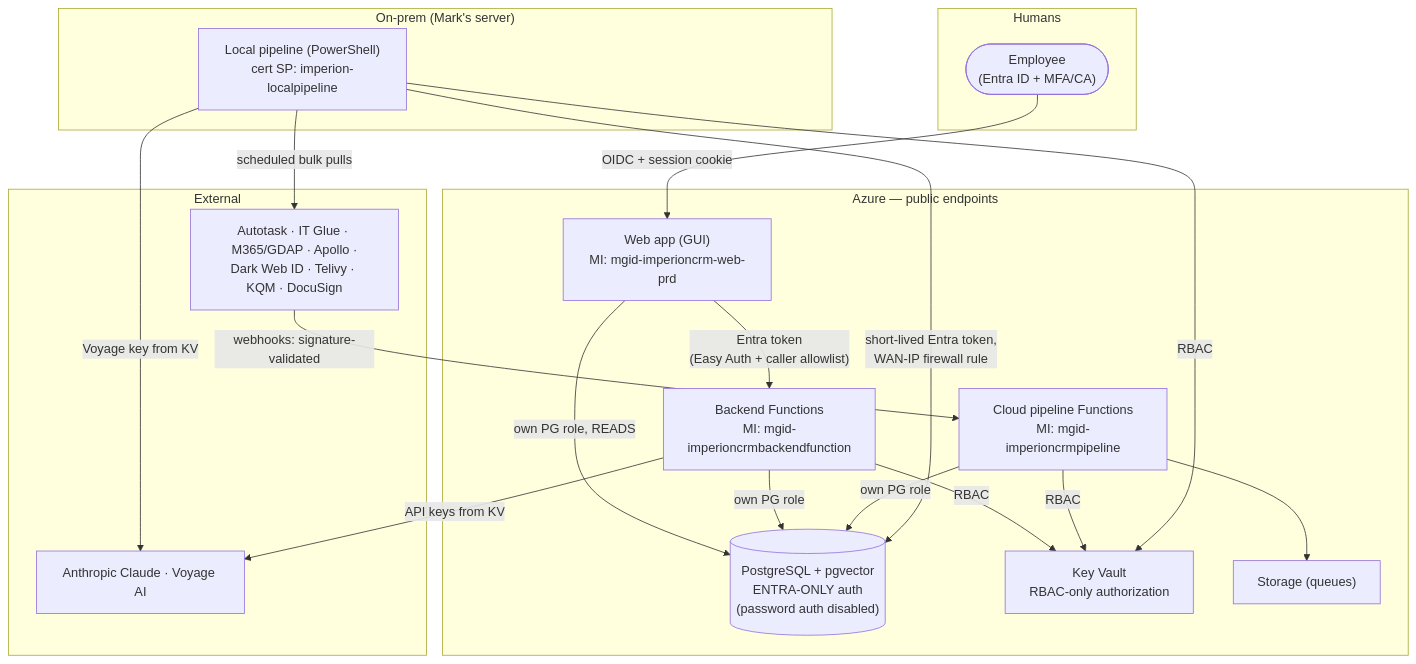
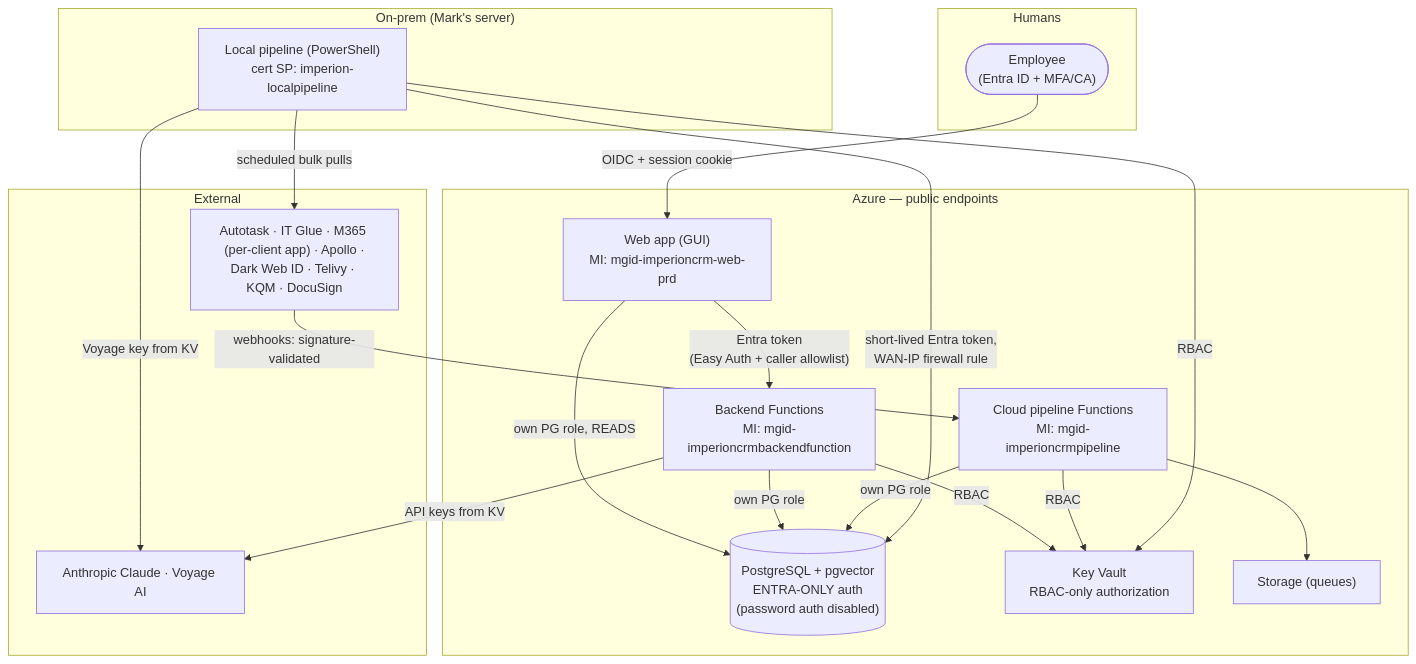
The diagram in docs/security/unified-security-standard.md (markdconnelly/ImperionCRM), drawn with Mermaid before and after one commit. The commit also changed other lines of this file, not shown here.

First line of the commit message:
docs(security): scrub GDAP-primary language from unified-security-standard (#585)

````diff
--- a/docs/security/unified-security-standard.md
+++ b/docs/security/unified-security-standard.md
@@ -21,35 +23,35 @@
 ```mermaid
 flowchart TB
     subgraph HUMANS["Humans"]
         EMP(["Employee<br/>(Entra ID + MFA/CA)"])
     end
     subgraph AZURE["Azure — public endpoints"]
         WEB["Web app (GUI)<br/>MI: mgid-imperioncrm-web-prd"]
         BE["Backend Functions<br/>MI: mgid-imperioncrmbackendfunction"]
         PIPE["Cloud pipeline Functions<br/>MI: mgid-imperioncrmpipeline"]
         PG[("PostgreSQL + pgvector<br/>ENTRA-ONLY auth<br/>(password auth disabled)")]
         KV["Key Vault<br/>RBAC-only authorization"]
         ST["Storage (queues)"]
     end
     subgraph ONPREM["On-prem (Mark's server)"]
         LP["Local pipeline (PowerShell)<br/>cert SP: imperion-localpipeline"]
     end
     subgraph EXT["External"]
-        SRC["Autotask · IT Glue · M365/GDAP · Apollo ·<br/>Dark Web ID · Telivy · KQM · DocuSign"]
+        SRC["Autotask · IT Glue · M365 (per-client app) · Apollo ·<br/>Dark Web ID · Telivy · KQM · DocuSign"]
         AI["Anthropic Claude · Voyage AI"]
     end
     EMP -->|OIDC + session cookie| WEB
     WEB -->|"Entra token<br/>(Easy Auth + caller allowlist)"| BE
     WEB -->|own PG role, READS| PG
     BE -->|own PG role| PG
     PIPE -->|own PG role| PG
     LP -->|"short-lived Entra token,<br/>WAN-IP firewall rule"| PG
     BE -->|RBAC| KV
     PIPE -->|RBAC| KV
     LP -->|RBAC| KV
     PIPE --> ST
     SRC -->|"webhooks: signature-validated"| PIPE
     LP -->|"scheduled bulk pulls"| SRC
     BE -->|"API keys from KV"| AI
     LP -->|"Voyage key from KV"| AI
 ```
````
